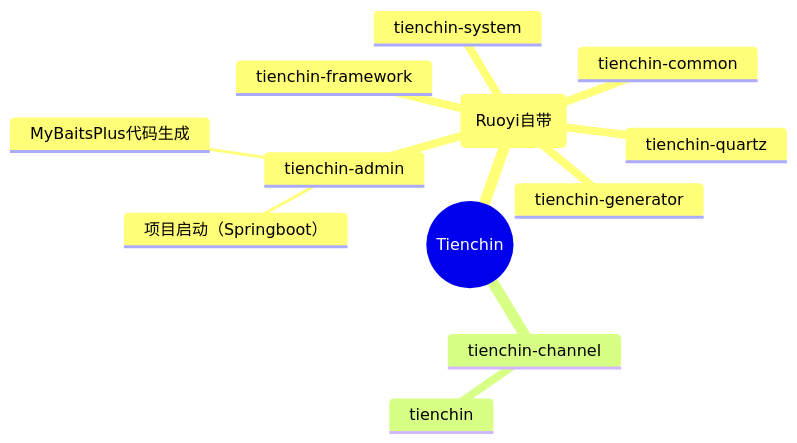
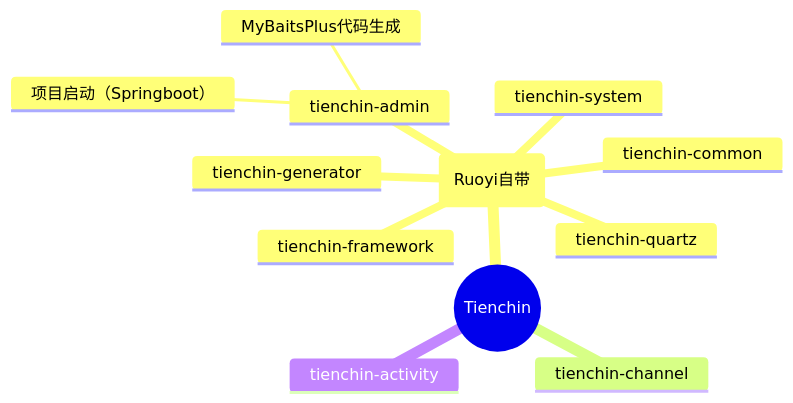
Before and after one commit to wangxy98c/TeinChin-Me: the first of 2 diagrams in FEATURE.md, drawn with Mermaid. The commit also changed other lines of this file and 32 other files, not shown here.

````diff
--- a/FEATURE.md
+++ b/FEATURE.md
@@ -3,15 +9,15 @@
 ```mermaid
 mindmap
 ((Tienchin))
 	(Ruoyi自带)
     tienchin-admin
     	项目启动（Springboot）
     	MyBaitsPlus代码生成
     tienchin-common
     tienchin-framework
     tienchin-generator
     tienchin-quartz
     tienchin-system
 	tienchin-channel
-  tienchin
+	tienchin-activity
 ```
````
